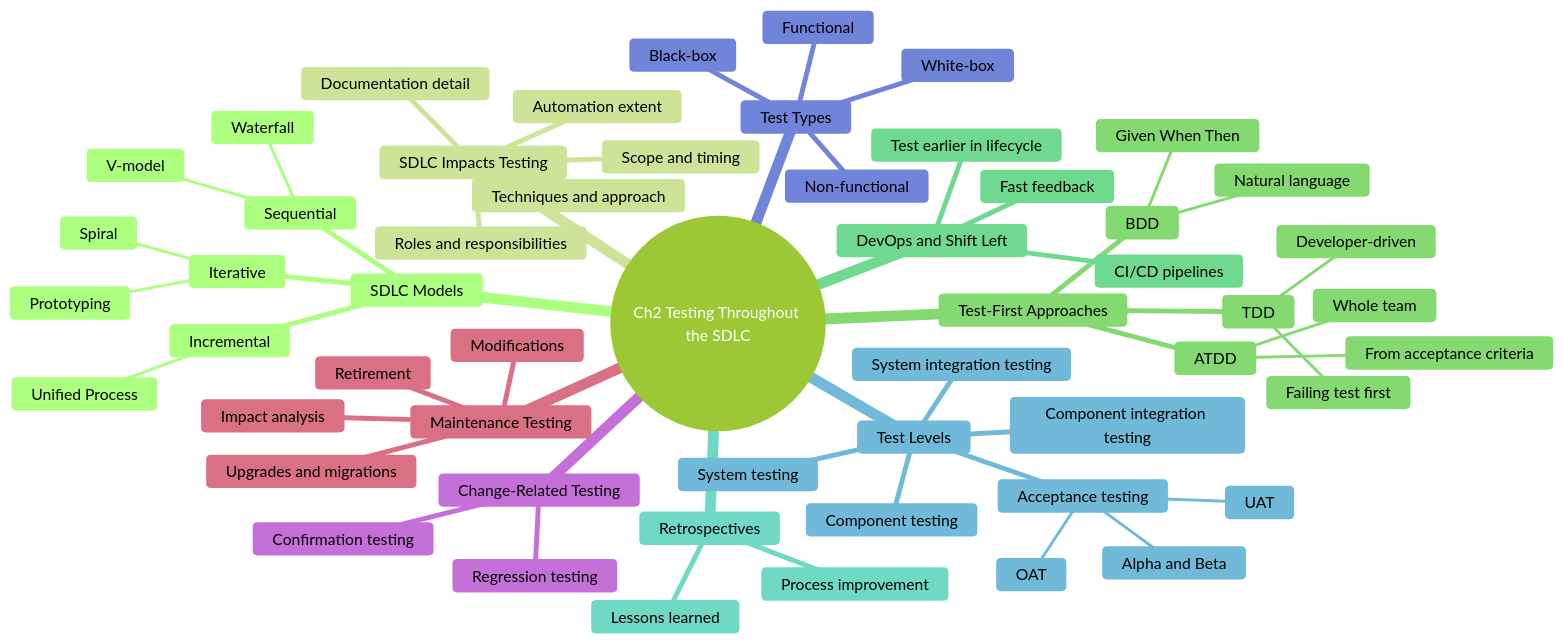
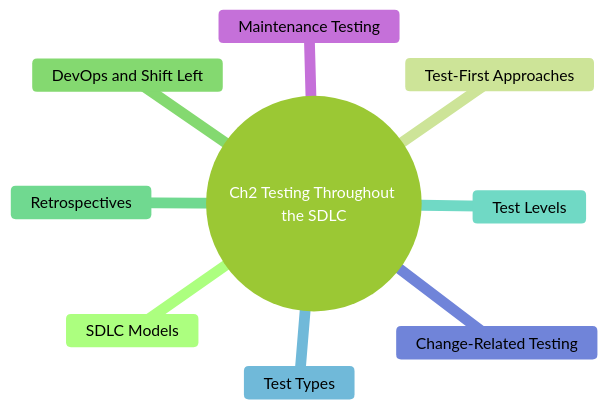
One commit to michellenicole2207/growth-hub changed the diagram in studies-certifications/ISTQB-CTFL/chapter-02-testing-throughout-sdlc/mindmap.md. Above: the diagram before and after it, drawn with Mermaid (forest theme). The commit also changed 5 other files, not shown here.

First line of the commit message:
docs(ISTQB): simplify all chapter mind maps to 2 levels deep

````diff
--- a/studies-certifications/ISTQB-CTFL/chapter-02-testing-throughout-sdlc/mindmap.md
+++ b/studies-certifications/ISTQB-CTFL/chapter-02-testing-throughout-sdlc/mindmap.md
@@ -3,58 +3,12 @@
 ```mermaid
 mindmap
   root((Ch2 Testing Throughout the SDLC))
     SDLC Models
-      Sequential
-        Waterfall
-        V-model
-      Iterative
-        Spiral
-        Prototyping
-      Incremental
-        Unified Process
-    SDLC Impacts Testing
-      Scope and timing
-      Documentation detail
-      Techniques and approach
-      Automation extent
-      Roles and responsibilities
     Test-First Approaches
-      TDD
-        Developer-driven
-        Failing test first
-      ATDD
-        Whole team
-        From acceptance criteria
-      BDD
-        Given When Then
-        Natural language
     DevOps and Shift Left
-      CI/CD pipelines
-      Fast feedback
-      Test earlier in lifecycle
     Retrospectives
-      Process improvement
-      Lessons learned
     Test Levels
-      Component testing
-      Component integration testing
-      System testing
-      System integration testing
-      Acceptance testing
-        UAT
-        OAT
-        Alpha and Beta
     Test Types
-      Functional
-      Non-functional
-      Black-box
-      White-box
     Change-Related Testing
-      Confirmation testing
-      Regression testing
     Maintenance Testing
-      Modifications
-      Upgrades and migrations
-      Retirement
-      Impact analysis
 ```
````
